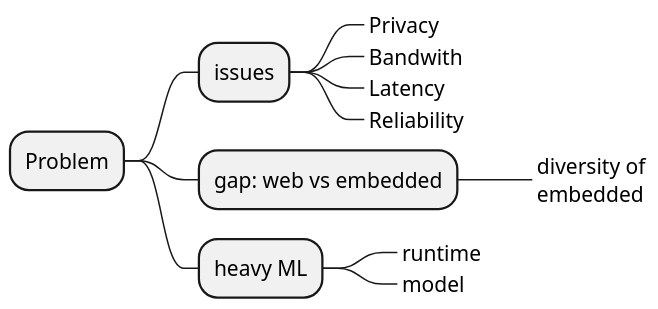
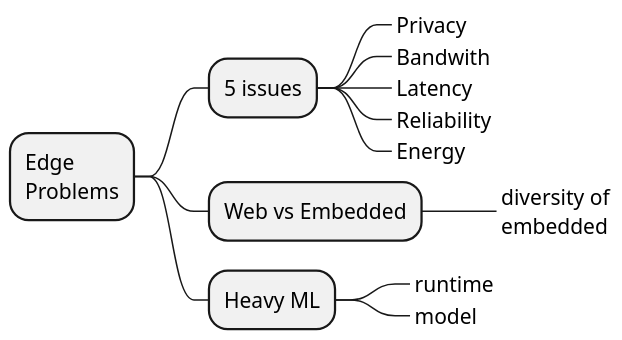
The diagram in summary-problem.puml (doyu/elc2019), drawn with PlantUML before and after one commit. The commit also changed 3 other files, not shown here.

```diff
--- a/summary-problem.puml
+++ b/summary-problem.puml
@@ -1,15 +1,16 @@
 @startmindmap
 scale 1.5
-* Problem
-** issues
+* Edge\nProblems
+** 5 issues
 ***_ Privacy
 ***_ Bandwith
 ***_ Latency
 ***_ Reliability
-** gap: web vs embedded
+***_ Energy
+** Web vs Embedded
 ***_ diversity of\nembedded
-** heavy ML
+** Heavy ML
 ***_ runtime
 ***_ model
 
 @endmindmap
```
